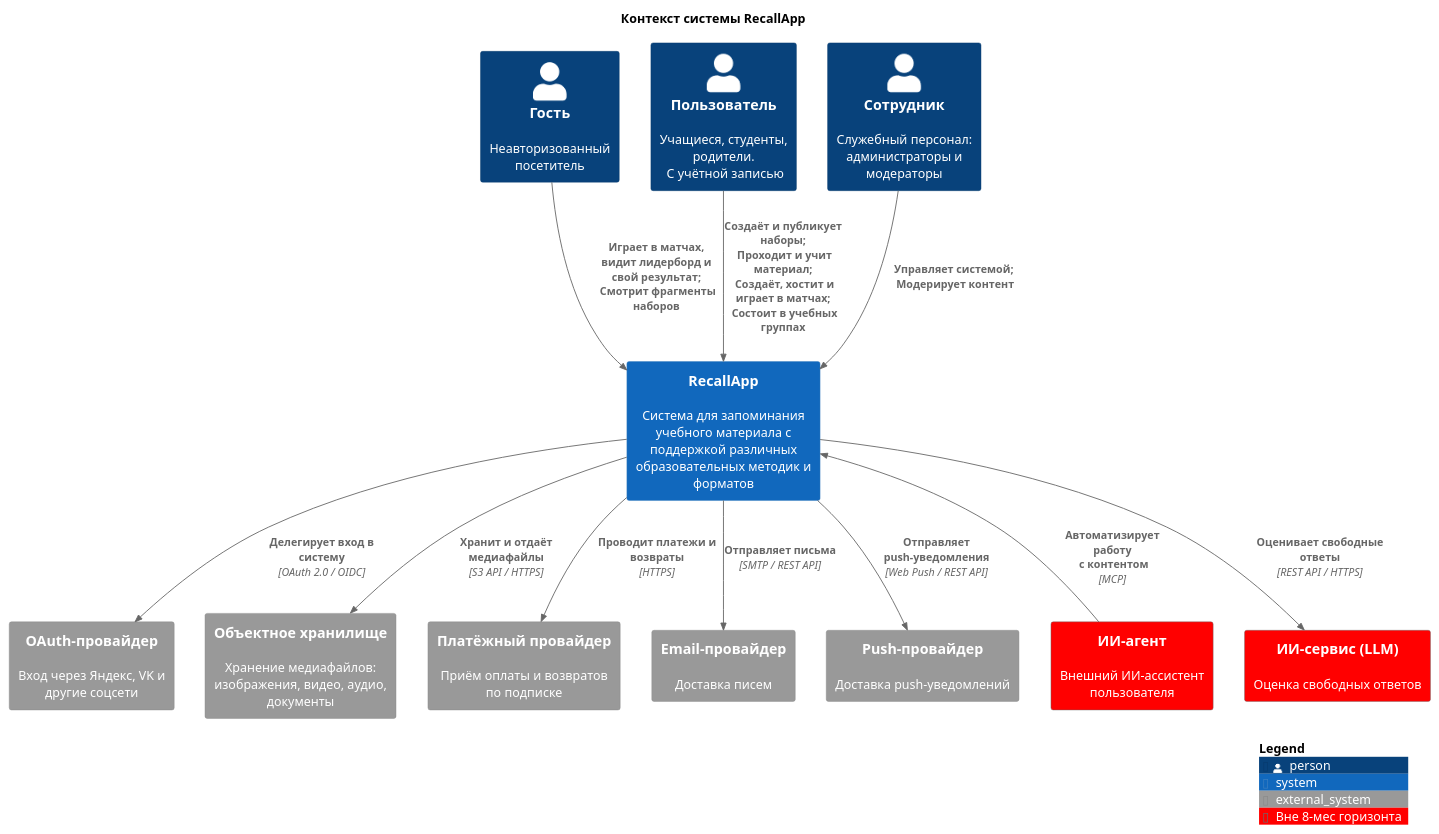
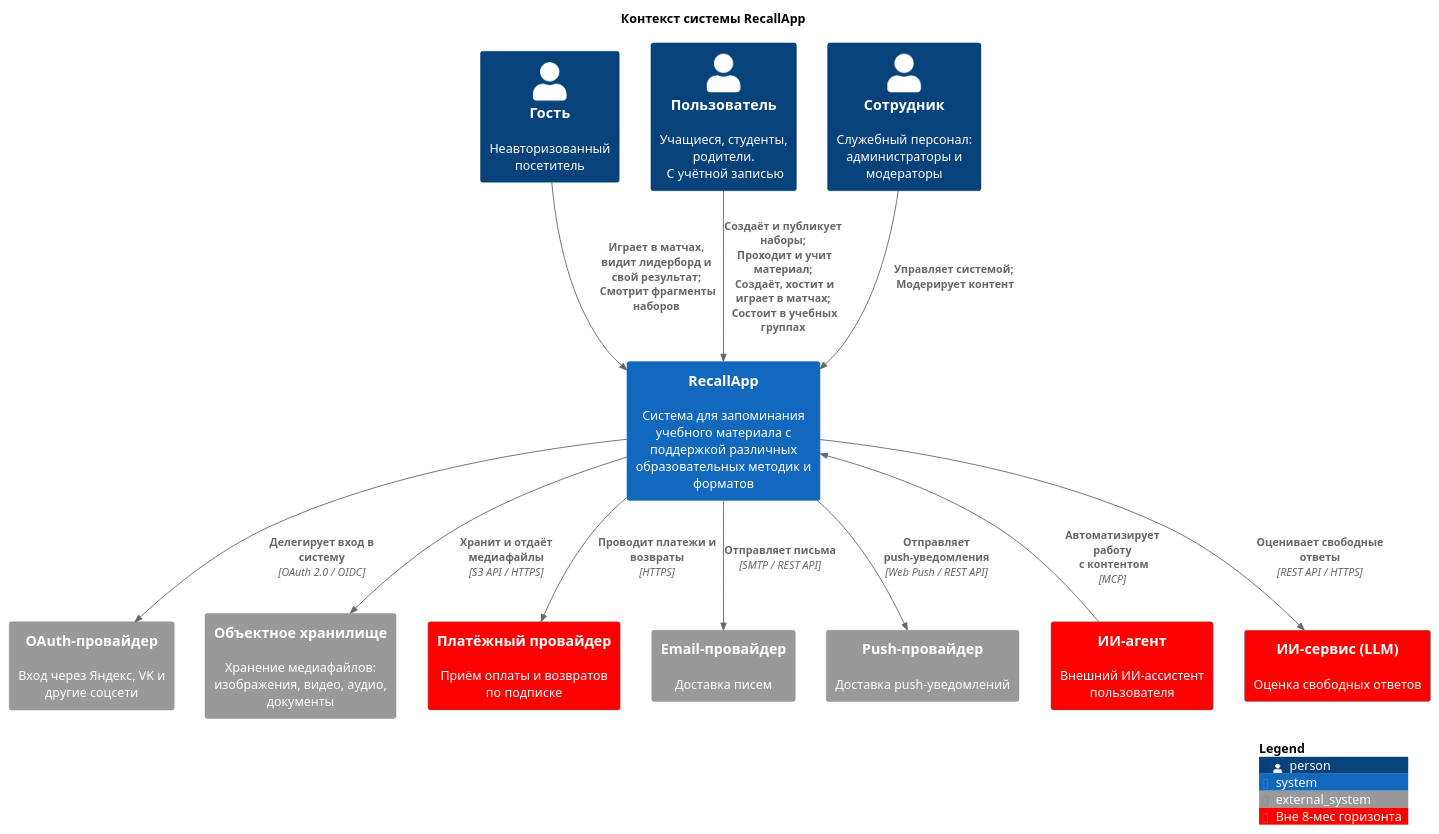
Before and after one commit to itacademy-edms-team/24_3_DNDE: the diagram in RecallApp/docs/diagrams/c4 - context.puml, drawn with PlantUML. The commit also changed 1 other file, not shown here.

Commit message:
docs: actualize diagrams

```diff
--- a/RecallApp/docs/diagrams/c4 - context.puml
+++ b/RecallApp/docs/diagrams/c4 - context.puml
@@ -1,37 +1,37 @@
 @startuml C4 - Context - RecallApp
 title Контекст системы RecallApp
 top to bottom direction
 
 !include <C4/C4_Context>
 
 AddElementTag("offscope", $bgColor="#ff0000", $fontColor="#FFFFFF", $borderColor="#6B6B6B", $legendText="Вне 8-мес горизонта")
 
 Person(personGuest, "Гость", "Неавторизованный посетитель")
 Person(personUser, "Пользователь", "Учащиеся, студенты, родители. \n С учётной записью")
 Person(personStaff, "Сотрудник", "Служебный персонал: администраторы и модераторы")
 
 System(systemRecallApp, "RecallApp", "Система для запоминания учебного материала с поддержкой различных образовательных методик и форматов")
 
 System_Ext(extSystemAuth, "OAuth-провайдер", "Вход через Яндекс, VK и другие соцсети")
 System_Ext(extSystemObjectStorage, "Объектное хранилище", "Хранение медиафайлов: изображения, видео, аудио, документы")
-System_Ext(extSystemPaymentGateway, "Платёжный провайдер", "Приём оплаты и возвратов по подписке")
+System_Ext(extSystemPaymentGateway, "Платёжный провайдер", "Приём оплаты и возвратов по подписке", $tags="offscope")
 System_Ext(extSystemEmail, "Email-провайдер", "Доставка писем")
 System_Ext(extSystemPush, "Push-провайдер", "Доставка push-уведомлений")
 System_Ext(extSystemAiAgent, "ИИ-агент", "Внешний ИИ-ассистент пользователя", $tags="offscope")
 System_Ext(extSystemLlm, "ИИ-сервис (LLM)", "Оценка свободных ответов", $tags="offscope")
 
 Rel(personGuest, systemRecallApp, "Играет в матчах, видит лидерборд и свой результат; \n Смотрит фрагменты наборов")
 Rel(personUser, systemRecallApp, "Создаёт и публикует наборы; \n Проходит и учит материал; \n Создаёт, хостит и играет в матчах; \n Состоит в учебных группах")
 Rel(personStaff, systemRecallApp, "Управляет системой; \n Модерирует контент")
 
 Rel(systemRecallApp, extSystemAuth, "Делегирует вход в систему", "OAuth 2.0 / OIDC")
 Rel(systemRecallApp, extSystemObjectStorage, "Хранит и отдаёт медиафайлы", "S3 API / HTTPS")
 Rel(systemRecallApp, extSystemPaymentGateway, "Проводит платежи и возвраты", "HTTPS")
 Rel(systemRecallApp, extSystemEmail, "Отправляет письма", "SMTP / REST API")
 Rel(systemRecallApp, extSystemPush, "Отправляет push-уведомления", "Web Push / REST API")
 Rel_U(extSystemAiAgent, systemRecallApp, "Автоматизирует работу \n с контентом", "MCP")
 Rel(systemRecallApp, extSystemLlm, "Оценивает свободные ответы", "REST API / HTTPS")
 
 SHOW_LEGEND()
 
 @enduml
```
